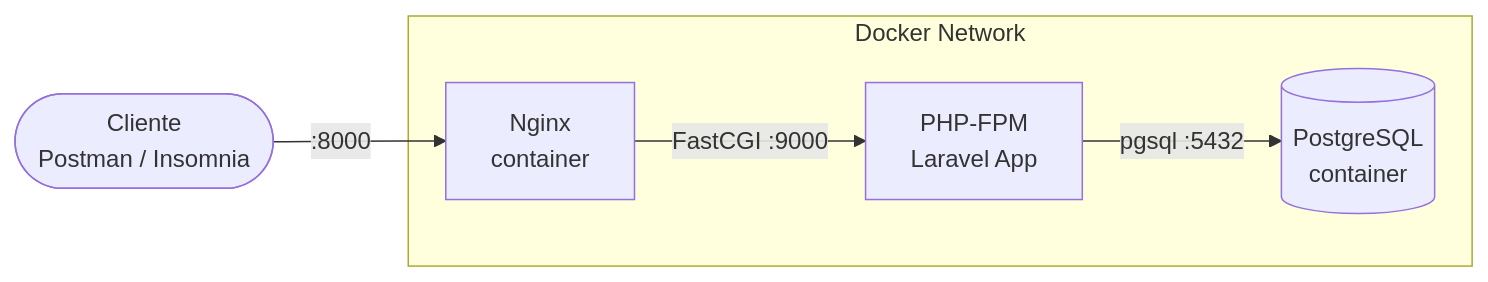
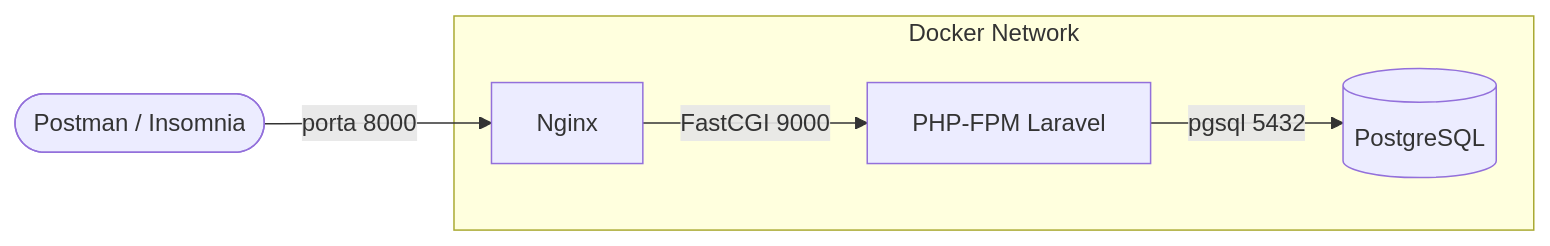
Before and after one commit to DarioCampagnaCoutinho/api-tasks: the fourth of 4 diagrams in README.md, drawn with Mermaid. The commit also changed other lines of this file, not shown here.

````diff
--- a/README.md
+++ b/README.md
@@ -129,12 +112,9 @@
 ```mermaid
 graph LR
-    CLIENT([Cliente\nPostman / Insomnia]) -->|:8000| NGINX[Nginx\ncontainer]
-    NGINX -->|FastCGI :9000| APP[PHP-FPM\nLaravel App]
-    APP -->|pgsql :5432| DB[(PostgreSQL\ncontainer)]
+    CLIENT([Postman / Insomnia]) -->|porta 8000| NGINX[Nginx]
 
     subgraph Docker Network
-        NGINX
-        APP
-        DB
+        NGINX -->|FastCGI 9000| APP[PHP-FPM Laravel]
+        APP -->|pgsql 5432| DB[(PostgreSQL)]
     end
 ```
````
